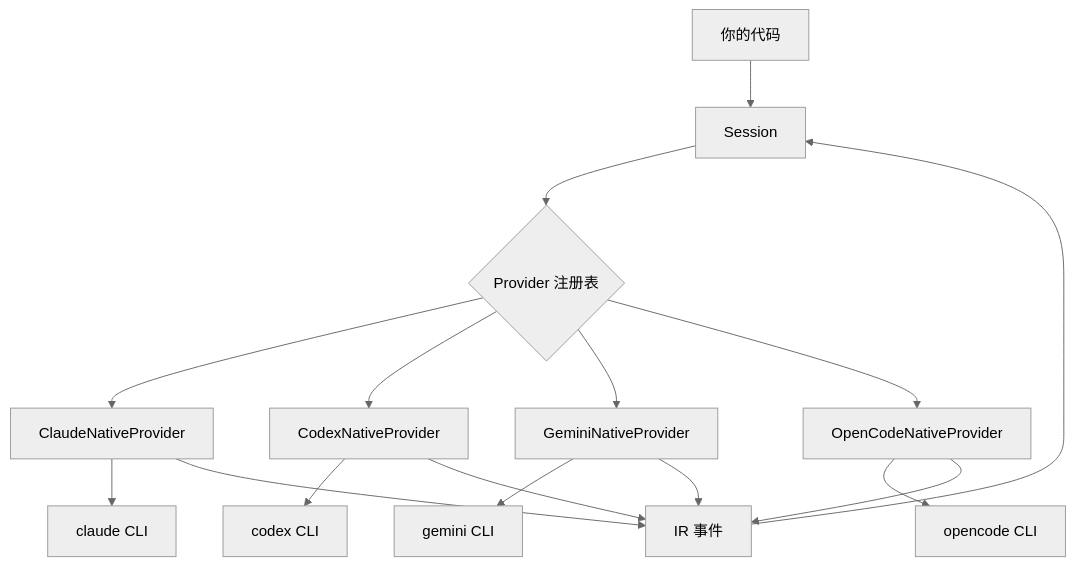
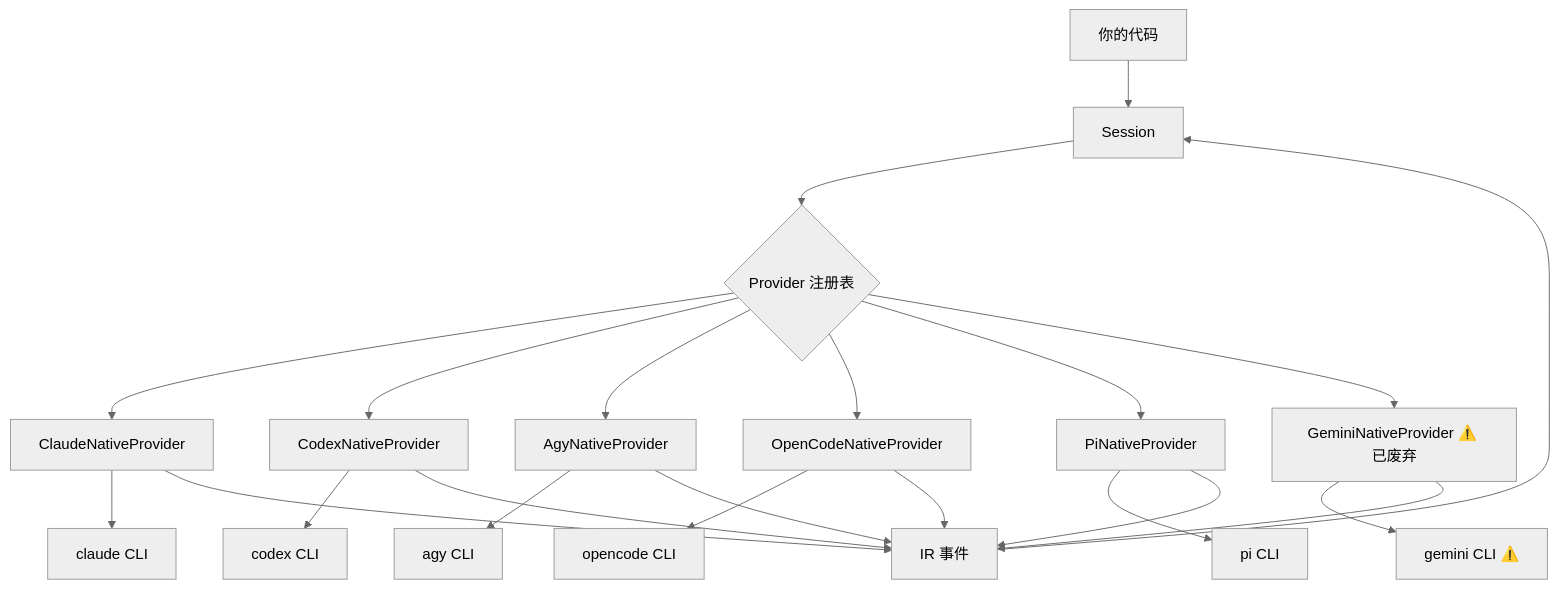
Before and after one commit to Oaklight/agentabi: the diagram in docs/architecture.md, drawn with Mermaid (neutral theme). The commit also changed other lines of this file and 6 other files, not shown here.

Commit message:
docs: 全面更新中文文档 — agy provider、新 TaskConfig 字段、IR 事件对齐

````diff
--- a/docs/architecture.md
+++ b/docs/architecture.md
@@ -11,18 +11,24 @@
 ```mermaid
 graph TD
     A[你的代码] --> B[Session]
     B --> C{Provider 注册表}
     C --> D[ClaudeNativeProvider]
     C --> E[CodexNativeProvider]
-    C --> F[GeminiNativeProvider]
+    C --> F[AgyNativeProvider]
     C --> G[OpenCodeNativeProvider]
-    D --> H[claude CLI]
-    E --> I[codex CLI]
-    F --> J[gemini CLI]
-    G --> K[opencode CLI]
-    D --> L[IR 事件]
-    E --> L
-    F --> L
-    G --> L
-    L --> B
+    C --> H[PiNativeProvider]
+    C --> I[GeminiNativeProvider ⚠️ 已废弃]
+    D --> J[claude CLI]
+    E --> K[codex CLI]
+    F --> L[agy CLI]
+    G --> M[opencode CLI]
+    H --> N[pi CLI]
+    I --> O[gemini CLI ⚠️]
+    D --> P[IR 事件]
+    E --> P
+    F --> P
+    G --> P
+    H --> P
+    I --> P
+    P --> B
 ```
````
